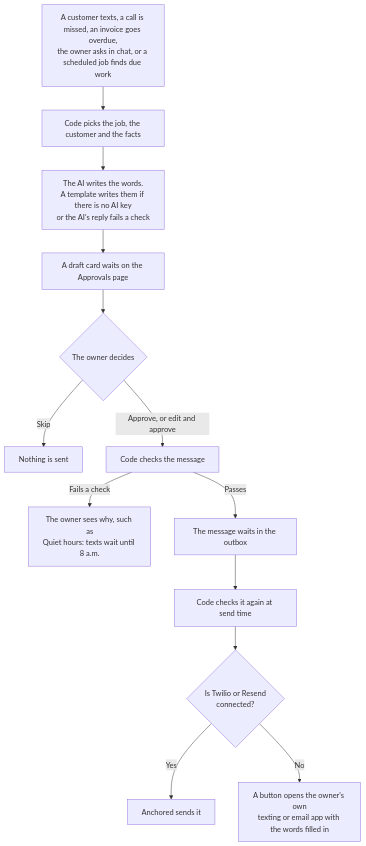
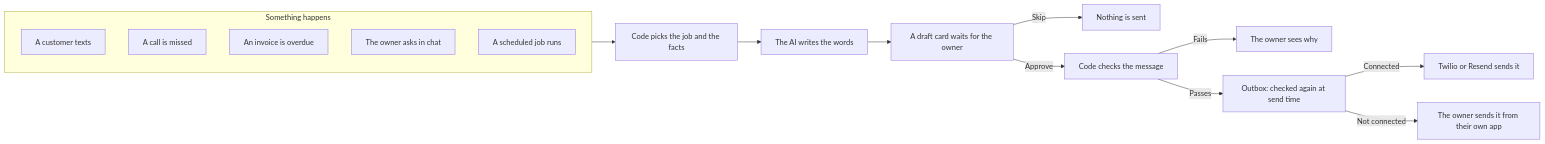
The third of 3 diagrams in README.md (pramukhbhushan/Anchored), drawn with Mermaid before and after one commit. The commit also changed other lines of this file, not shown here.

Commit message:
docs(readme): lay the message path out left to right

````diff
--- a/README.md
+++ b/README.md
@@ -58,16 +58,19 @@
 ```mermaid
-flowchart TD
-	start["A customer texts, a call is missed, an invoice goes overdue,<br>the owner asks in chat, or a scheduled job finds due work"]
-	start --> pick["Code picks the job, the customer and the facts"]
-	pick --> write["The AI writes the words.<br>A template writes them if there is no AI key<br>or the AI's reply fails a check"]
-	write --> card["A draft card waits on the Approvals page"]
-	card --> owner{"The owner decides"}
-	owner -->|"Skip"| stop["Nothing is sent"]
-	owner -->|"Approve, or edit and approve"| check["Code checks the message"]
-	check -->|"Fails a check"| why["The owner sees why, such as<br>Quiet hours: texts wait until 8 a.m."]
-	check -->|"Passes"| outbox["The message waits in the outbox"]
-	outbox --> recheck["Code checks it again at send time"]
-	recheck --> connected{"Is Twilio or Resend<br>connected?"}
-	connected -->|"Yes"| sent["Anchored sends it"]
-	connected -->|"No"| own["A button opens the owner's own<br>texting or email app with the words filled in"]
+flowchart LR
+	subgraph triggers["Something happens"]
+		t1["A customer texts"]
+		t2["A call is missed"]
+		t3["An invoice is overdue"]
+		t4["The owner asks in chat"]
+		t5["A scheduled job runs"]
+	end
+	triggers --> pick["Code picks the job and the facts"]
+	pick --> write["The AI writes the words"]
+	write --> card["A draft card waits for the owner"]
+	card -->|"Skip"| stop["Nothing is sent"]
+	card -->|"Approve"| check["Code checks the message"]
+	check -->|"Fails"| why["The owner sees why"]
+	check -->|"Passes"| outbox["Outbox: checked again at send time"]
+	outbox -->|"Connected"| sent["Twilio or Resend sends it"]
+	outbox -->|"Not connected"| own["The owner sends it from their own app"]
 ```
````
